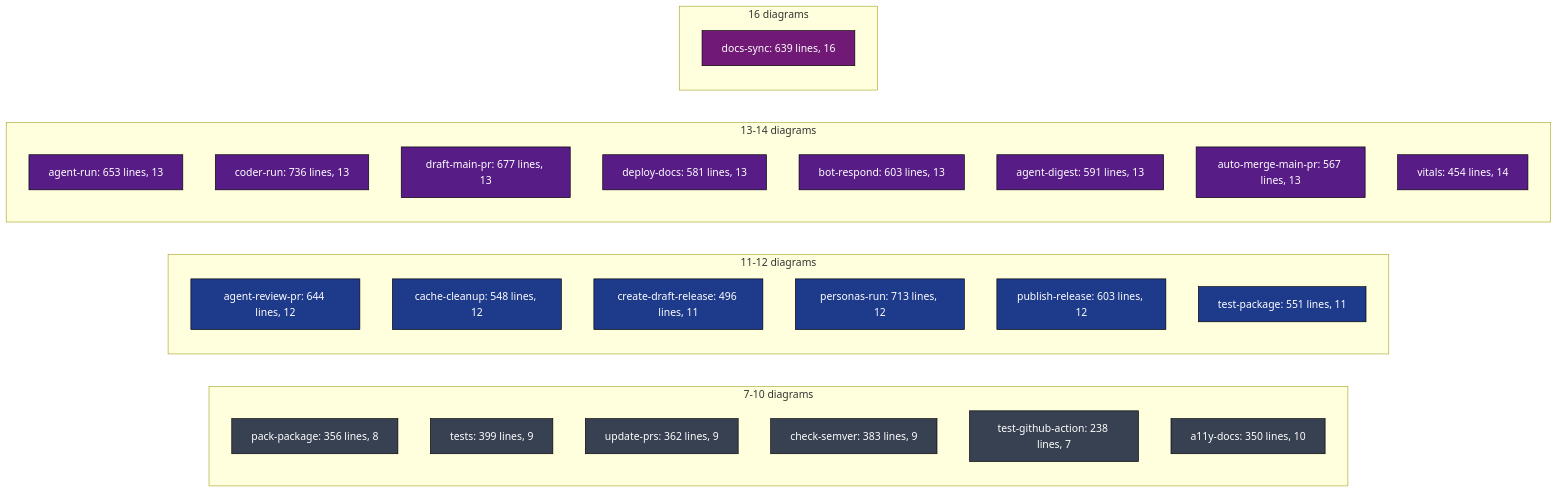
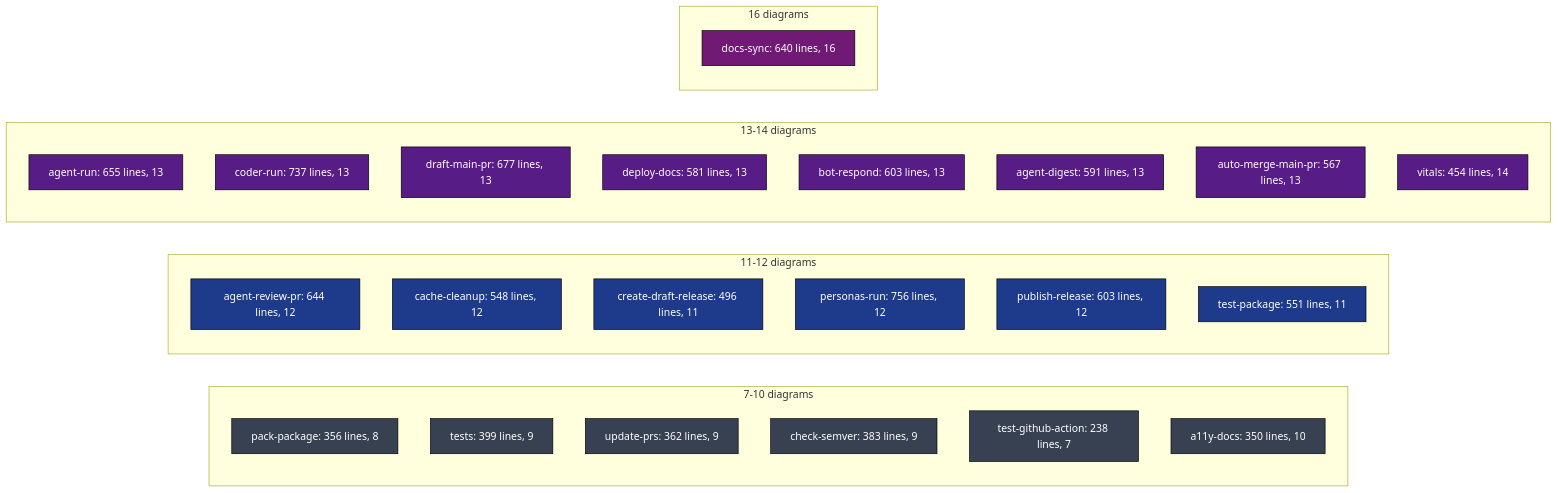
One commit to llm-exe/llm-exe changed the second of 2 diagrams in .github/docs/WORKFLOWS_INDEX.md. Above: the diagram before and after it, drawn with Mermaid. The commit also changed 1 other file, not shown here.

Commit message:
docs: refresh WORKFLOWS_INDEX at-a-glance line counts
The coder.md prompt change that triggered this run needed no deep-dive
edits: CODER_RUN_DEEP_DIVE.md never mirrored the hardcoded Known Issues
list that was removed, and its CLAUDE.md reference still reads correctly.

The mandatory WORKFLOWS_INDEX.md check did turn up stale stats. Five of
21 deep-dive line counts were wrong (personas-run off by 43). Diagram
counts and bucket assignments were all correct and are unchanged.

````diff
--- a/.github/docs/WORKFLOWS_INDEX.md
+++ b/.github/docs/WORKFLOWS_INDEX.md
@@ -114,40 +114,40 @@
 ```mermaid
 flowchart LR
     classDef sm fill:#374151,color:#fff,stroke:#000
     classDef md fill:#1e3a8a,color:#fff,stroke:#000
     classDef lg fill:#581c87,color:#fff,stroke:#000
     classDef xl fill:#701a75,color:#fff,stroke:#000
 
     subgraph Small["7-10 diagrams"]
         S1["pack-package: 356 lines, 8"]:::sm
         S2["tests: 399 lines, 9"]:::sm
         S3["update-prs: 362 lines, 9"]:::sm
         S4["check-semver: 383 lines, 9"]:::sm
         S5["test-github-action: 238 lines, 7"]:::sm
         S6["a11y-docs: 350 lines, 10"]:::sm
     end
 
     subgraph Medium["11-12 diagrams"]
         M1["agent-review-pr: 644 lines, 12"]:::md
         M2["cache-cleanup: 548 lines, 12"]:::md
         M3["create-draft-release: 496 lines, 11"]:::md
-        M4["personas-run: 713 lines, 12"]:::md
+        M4["personas-run: 756 lines, 12"]:::md
         M5["publish-release: 603 lines, 12"]:::md
         M6["test-package: 551 lines, 11"]:::md
     end
 
     subgraph Large["13-14 diagrams"]
-        L1["agent-run: 653 lines, 13"]:::lg
-        L2["coder-run: 736 lines, 13"]:::lg
+        L1["agent-run: 655 lines, 13"]:::lg
+        L2["coder-run: 737 lines, 13"]:::lg
         L3["draft-main-pr: 677 lines, 13"]:::lg
         L4["deploy-docs: 581 lines, 13"]:::lg
         L5["bot-respond: 603 lines, 13"]:::lg
         L6["agent-digest: 591 lines, 13"]:::lg
         L7["auto-merge-main-pr: 567 lines, 13"]:::lg
         L8["vitals: 454 lines, 14"]:::lg
     end
 
     subgraph XL["16 diagrams"]
-        X1["docs-sync: 639 lines, 16"]:::xl
+        X1["docs-sync: 640 lines, 16"]:::xl
     end
 ```
````
